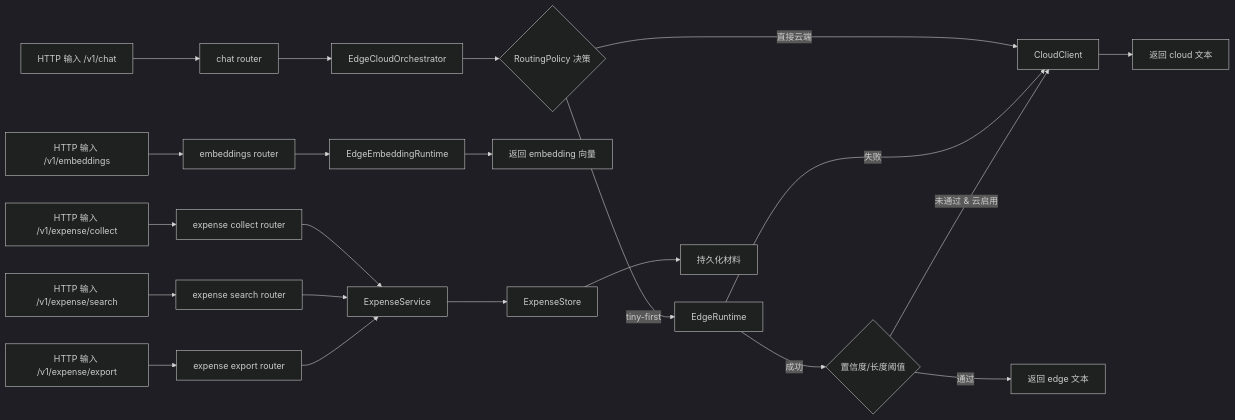
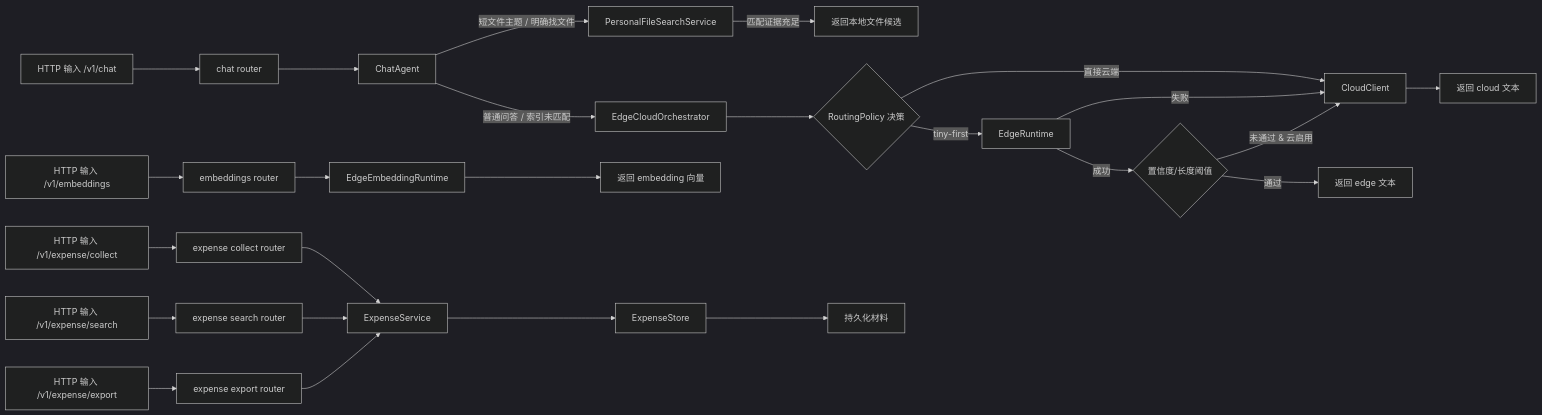
Before and after one commit to 918822019/On-Device-File-Assistant: the diagram in docs/ARCHITECTURE.md, drawn with Mermaid (dark theme). The commit also changed other lines of this file and 94 other files, not shown here.

````diff
--- a/docs/ARCHITECTURE.md
+++ b/docs/ARCHITECTURE.md
@@ -3,28 +3,31 @@
 ```mermaid
 flowchart LR
   A[HTTP 输入 /v1/chat] --> B[chat router]
-  B --> C[EdgeCloudOrchestrator]
+  B --> BA[ChatAgent]
+  BA -->|短文件主题 / 明确找文件| PS[PersonalFileSearchService]
+  PS -->|匹配证据充足| PR[返回本地文件候选]
+  BA -->|普通问答 / 索引未匹配| C[EdgeCloudOrchestrator]
   C --> D{RoutingPolicy 决策}
   D -->|直接云端| E[CloudClient]
   D -->|tiny-first| F[EdgeRuntime]
   F -->|失败| E
   F -->|成功| G{置信度/长度阈值}
   G -->|通过| H[返回 edge 文本]
   G -->|未通过 & 云启用| E
   E --> I[返回 cloud 文本]
 
   A2[HTTP 输入 /v1/embeddings] --> B2[embeddings router]
   B2 --> ER[EdgeEmbeddingRuntime]
   ER --> EMB[返回 embedding 向量]
 
   A3[HTTP 输入 /v1/expense/collect] --> B3[expense collect router]
   B3 --> ES[ExpenseService]
   ES --> ST[ExpenseStore] 
   ST --> ED[持久化材料]
 
   A4[HTTP 输入 /v1/expense/search] --> B4[expense search router]
   B4 --> ES
 
   A5[HTTP 输入 /v1/expense/export] --> B5[expense export router]
   B5 --> ES
 ```
````
